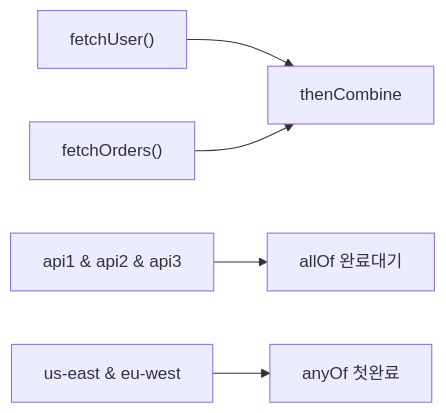
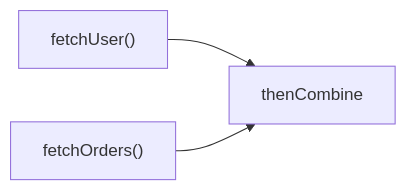
Before and after one commit to yjkim2015/yjkim2015.github.io: the second of 3 diagrams in _posts/java/2026-05-01-java-completablefuture.md, drawn with Mermaid. The commit also changed 132 other files, not shown here.

First line of the commit message:
Mermaid 다이어그램 가독성 정리: 단순 제거, 노드 축소, TD→LR 변환

````diff
--- a/_posts/java/2026-05-01-java-completablefuture.md
+++ b/_posts/java/2026-05-01-java-completablefuture.md
@@ -256,7 +256,5 @@
 ```mermaid
 flowchart LR
     A1["fetchUser()"] --> C1["thenCombine"]
     B1["fetchOrders()"] --> C1
-    A2["api1 & api2 & api3"] --> D["allOf 완료대기"]
-    A3["us-east & eu-west"] --> E["anyOf 첫완료"]
 ```
````
